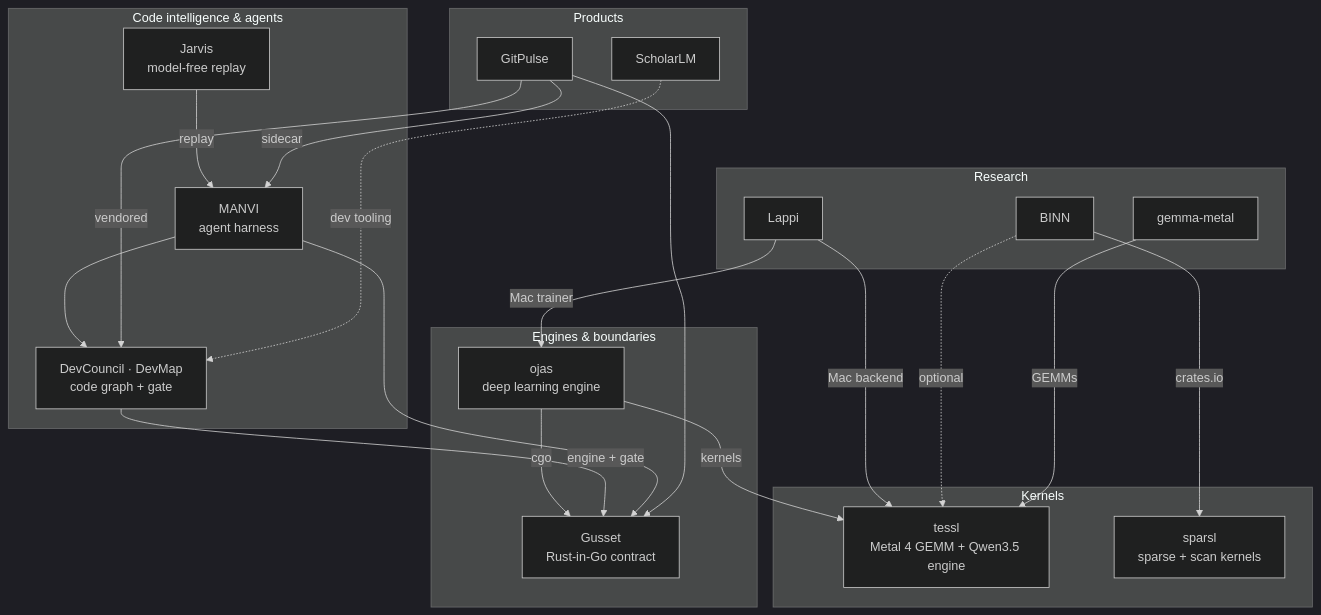
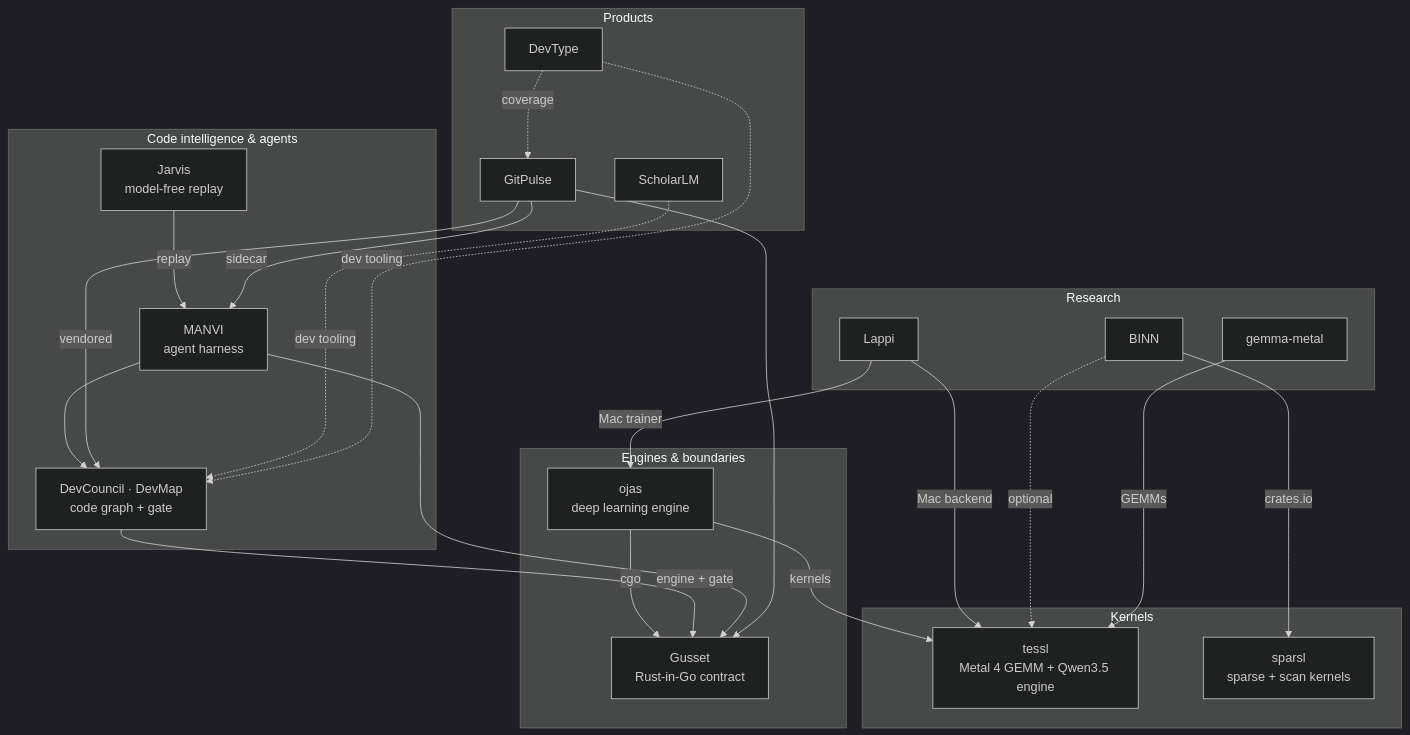
Before and after one commit to bharathvbcr/bharathvbcr: the diagram in README.md, drawn with Mermaid (dark theme). The commit also changed other lines of this file and 3 other files, not shown here.

````diff
--- a/README.md
+++ b/README.md
@@ -48,41 +48,44 @@
 ```mermaid
 flowchart TB
   subgraph K["Kernels"]
     tessl["tessl<br/>Metal 4 GEMM + Qwen3.5 engine"]
     sparsl["sparsl<br/>sparse + scan kernels"]
   end
   subgraph E["Engines & boundaries"]
     ojas["ojas<br/>deep learning engine"]
     gusset["Gusset<br/>Rust-in-Go contract"]
   end
   subgraph A["Code intelligence & agents"]
     devmap["DevCouncil · DevMap<br/>code graph + gate"]
     manvi["MANVI<br/>agent harness"]
     jarvis["Jarvis<br/>model-free replay"]
   end
   subgraph P["Products"]
     gitpulse["GitPulse"]
     scholarlm["ScholarLM"]
+    devtype["DevType"]
   end
   subgraph R["Research"]
     binn["BINN"]
     lappi["Lappi"]
     gemma["gemma-metal"]
   end
 
   ojas -->|kernels| tessl
   ojas -->|cgo| gusset
   lappi -->|Mac backend| tessl
   lappi -->|Mac trainer| ojas
   binn -->|crates.io| sparsl
   binn -.->|optional| tessl
   gemma -->|GEMMs| tessl
   devmap -->|engine + gate| gusset
   manvi --> devmap
   manvi --> gusset
   jarvis -->|replay| manvi
   gitpulse -->|vendored| devmap
   gitpulse -->|sidecar| manvi
   gitpulse --> gusset
   scholarlm -.->|dev tooling| devmap
+  devtype -.->|dev tooling| devmap
+  devtype -.->|coverage| gitpulse
 ```
````
